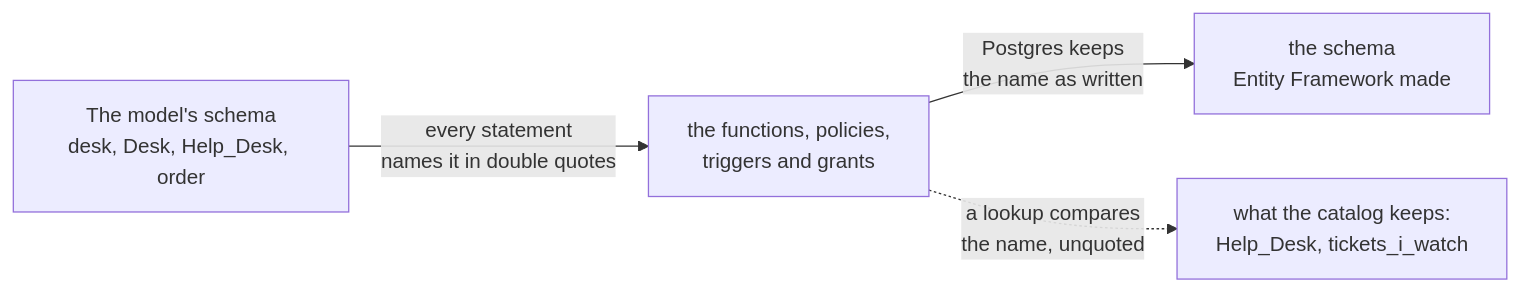
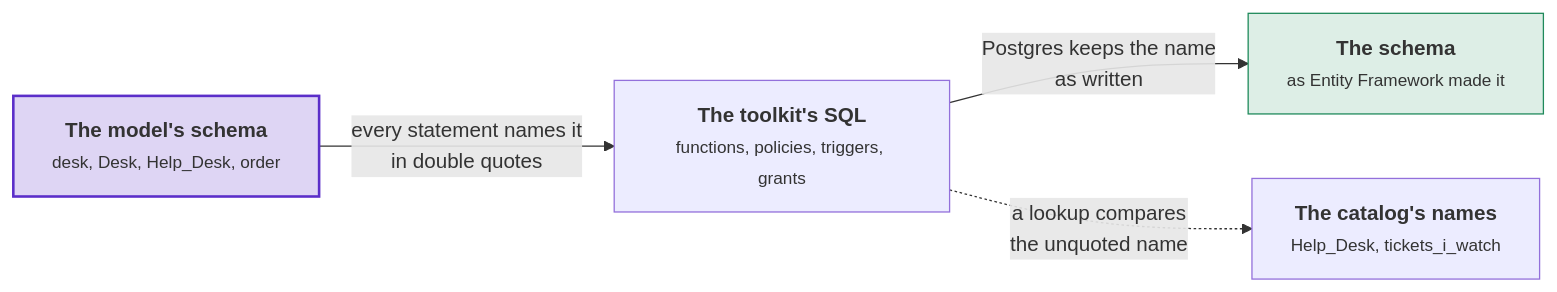
Before and after one commit to DylanSnel/DDDToolkit: the eighth of 14 diagrams in docs/row-level-security.md, drawn with Mermaid. The commit also changed other lines of this file and 41 other files, not shown here.

First line of the commit message:
Docs: plain prose, one word per concept, and readable diagrams on every page

````diff
--- a/docs/row-level-security.md
+++ b/docs/row-level-security.md
@@ -1436,6 +1601,14 @@
 ```mermaid
 flowchart LR
-    Model["The model's schema<br/>desk, Desk, Help_Desk, order"] -->|"every statement<br/>names it in double quotes"| Sql["the functions, policies,<br/>triggers and grants"]
-    Sql -->|"Postgres keeps<br/>the name as written"| Schema["the schema<br/>Entity Framework made"]
-    Sql -.->|"a lookup compares<br/>the name, unquoted"| Kept["what the catalog keeps:<br/>Help_Desk, tickets_i_watch"]
+    model["<b>The model's schema</b><br/><small>desk, Desk, Help_Desk, order</small>"]
+    sql["<b>The toolkit's SQL</b><br/><small>functions, policies, triggers, grants</small>"]
+    schema["<b>The schema</b><br/><small>as Entity Framework made it</small>"]
+    kept["<b>The catalog's names</b><br/><small>Help_Desk, tickets_i_watch</small>"]
+    model -->|"every statement names it<br/>in double quotes"| sql
+    sql -->|"Postgres keeps the name<br/>as written"| schema
+    sql -.->|"a lookup compares<br/>the unquoted name"| kept
+    classDef strong fill:#5b2ec933,stroke:#5b2ec9,stroke-width:2px
+    classDef good fill:#1f8a5b26,stroke:#1f8a5b
+    class model strong
+    class schema good
 ```
````
